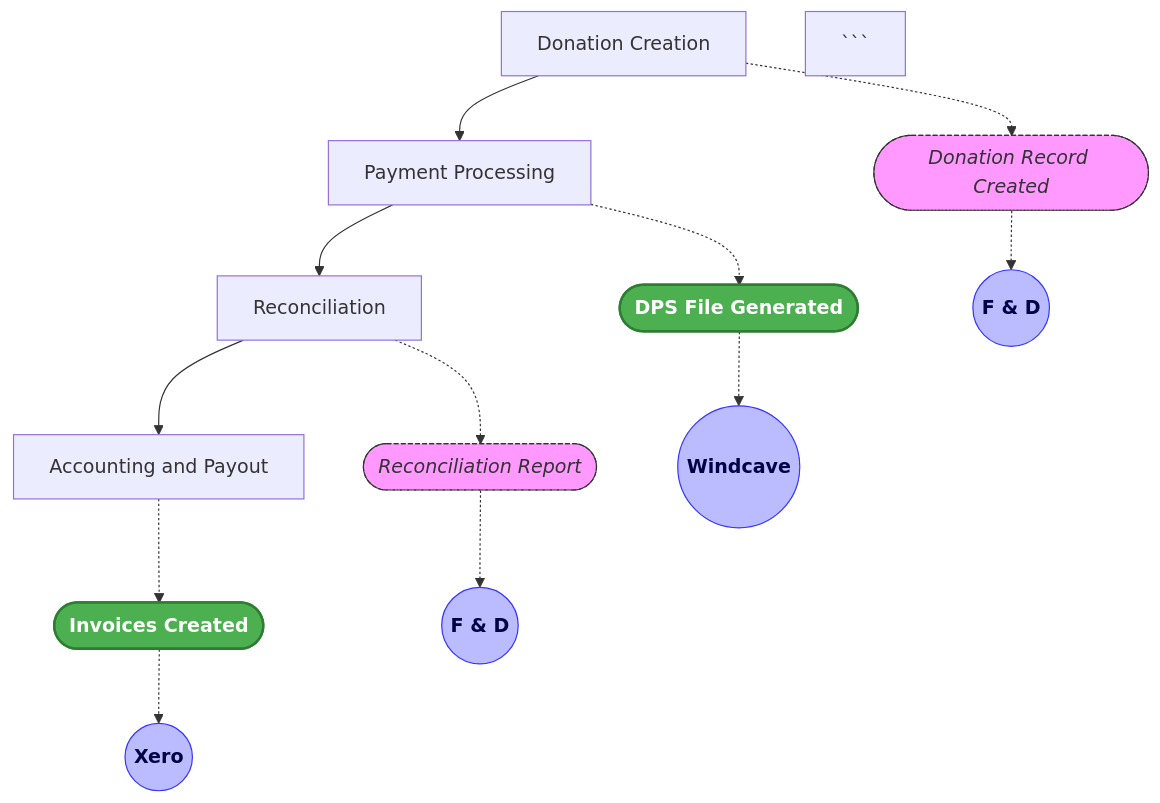
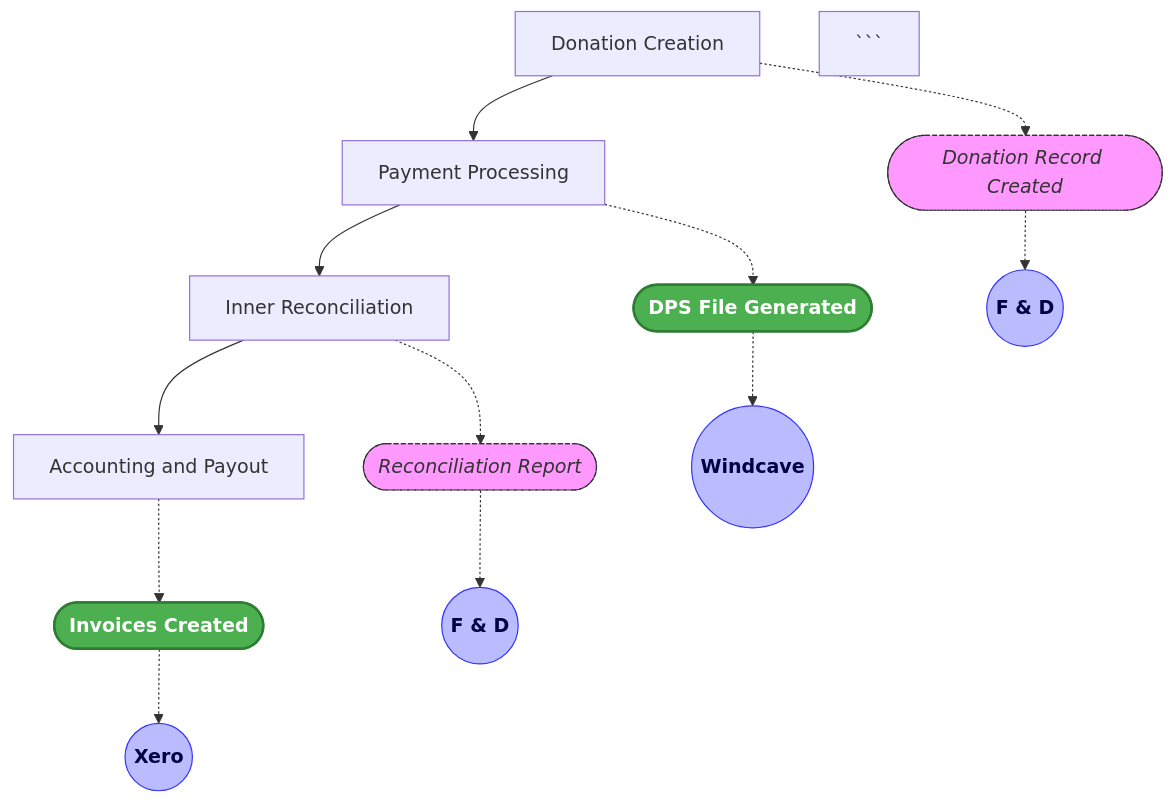
Before and after one commit to oninebx/blog: the second of 2 diagrams in _posts/2025-08-05-thinking-in-ddd-applying-ubiquitous-language-to-real-world-financial-workflows.md, drawn with Mermaid. The commit also changed other lines of this file and 1 other file, not shown here.

````diff
--- a/_posts/2025-08-05-thinking-in-ddd-applying-ubiquitous-language-to-real-world-financial-workflows.md
+++ b/_posts/2025-08-05-thinking-in-ddd-applying-ubiquitous-language-to-real-world-financial-workflows.md
@@ -47,37 +47,37 @@
 <div class="mermaid">
 flowchart TD
 A[Donation Creation] --> B[Payment Processing]
-    B --> C[Reconciliation]
+    B --> C[Inner Reconciliation]
     C --> D[Accounting and Payout]
 
 ```
 A_remark([Donation Record Created])
 B_remark([DPS File Generated])
 C_remark([Reconciliation Report])
 D_remark([Invoices Created])
 
 A_sys((F & D))
 B_sys((Windcave))
 C_sys((F & D))
 D_sys((Xero))
 
 A -.-> A_remark
 B -.-> B_remark
 C -.-> C_remark
 D -.-> D_remark
 
 A_remark -.-> A_sys
 B_remark -.-> B_sys
 C_remark -.-> C_sys
 D_remark -.-> D_sys
 
 classDef remarkNode fill:#f9f,stroke:#333,stroke-dasharray: 4 2,color:#333,font-style:italic;
 classDef systemNode fill:#bbf,stroke:#33f,color:#004,font-weight:bold;
 classDef docButton fill:#4CAF50,stroke:#2E7D32,color:#fff,font-weight:bold,stroke-width:2,rx:8,ry:8,cursor:pointer;
 
 class A_remark,C_remark remarkNode;
 class B_remark,D_remark docButton;
 class A_sys,B_sys,C_sys,D_sys systemNode;
 ```
 
 </div>
````
